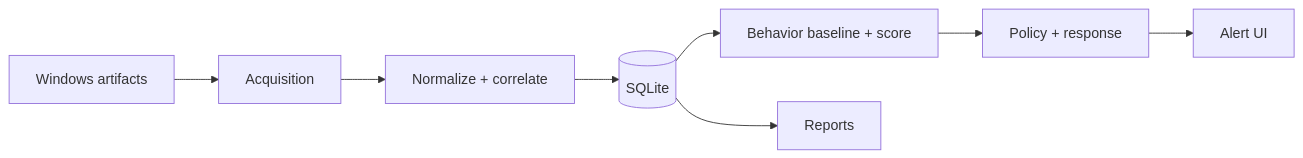
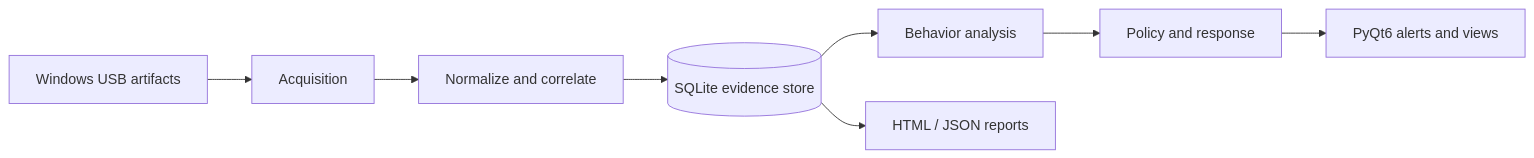
Before and after one commit to dlanuzaizcs-code/windows-usb-forensics: the diagram in docs/architecture.md, drawn with Mermaid. The commit also changed other lines of this file, not shown here.

````diff
--- a/docs/architecture.md
+++ b/docs/architecture.md
@@ -12,10 +14,10 @@
 ```mermaid
 flowchart LR
-  A[Windows artifacts] --> B[Acquisition]
-  B --> C[Normalize + correlate]
-  C --> D[(SQLite)]
-  D --> E[Behavior baseline + score]
-  E --> F[Policy + response]
-  F --> G[Alert UI]
-  D --> H[Reports]
+    A[Windows USB artifacts] --> B[Acquisition]
+    B --> C[Normalize and correlate]
+    C --> D[(SQLite evidence store)]
+    D --> E[Behavior analysis]
+    E --> F[Policy and response]
+    F --> G[PyQt6 alerts and views]
+    D --> H[HTML / JSON reports]
 ```
````
